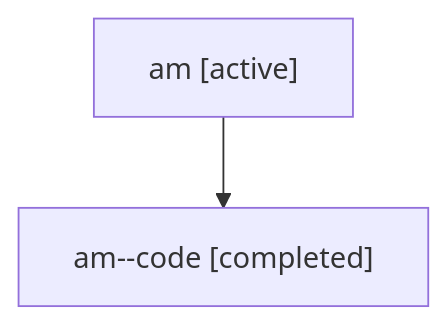
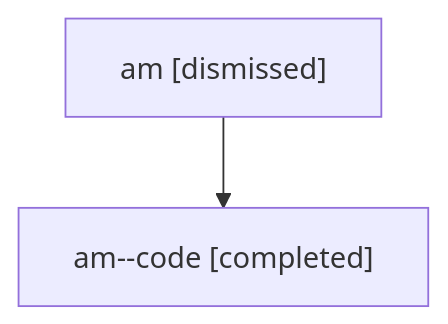
One commit to bobs-org/bob-cli--agents changed the diagram in sessions/bbugyi200.athena.am.md. Above: the diagram before and after it, drawn with Mermaid. The commit also changed other lines of this file and 32 other files, not shown here.

````diff
--- a/sessions/bbugyi200.athena.am.md
+++ b/sessions/bbugyi200.athena.am.md
@@ -9,6 +9,6 @@
 ```mermaid
 flowchart TD
-  n0["am [active]"]
+  n0["am [dismissed]"]
   n1["am--code [completed]"]
   n0 --> n1
 ```
````
